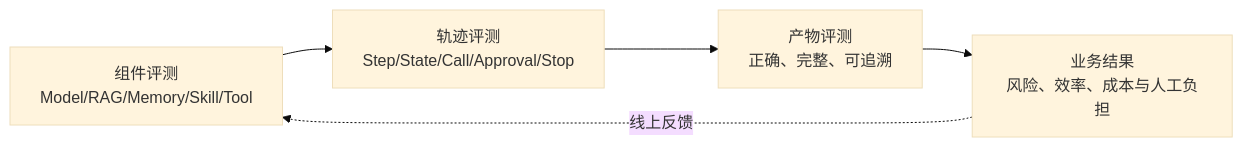
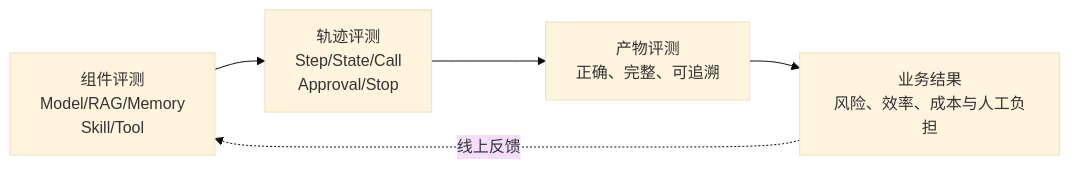
Before and after one commit to FoLaJJ/agent-systems-notes: the first of 6 diagrams in docs/13-quality-and-security.md, drawn with Mermaid (base theme). The commit also changed 13 other files, not shown here.

Commit message:
Refine Mermaid diagram layouts

````diff
--- a/docs/13-quality-and-security.md
+++ b/docs/13-quality-and-security.md
@@ -34,7 +34,7 @@
 ```mermaid
 flowchart LR
-    C["组件评测<br/>Model/RAG/Memory/Skill/Tool"] --> T["轨迹评测<br/>Step/State/Call/Approval/Stop"]
+    C["组件评测<br/>Model/RAG/Memory<br/>Skill/Tool"] --> T["轨迹评测<br/>Step/State/Call<br/>Approval/Stop"]
     T --> A["产物评测<br/>正确、完整、可追溯"]
     A --> B["业务结果<br/>风险、效率、成本与人工负担"]
     B -.线上反馈.-> C
 ```
````
